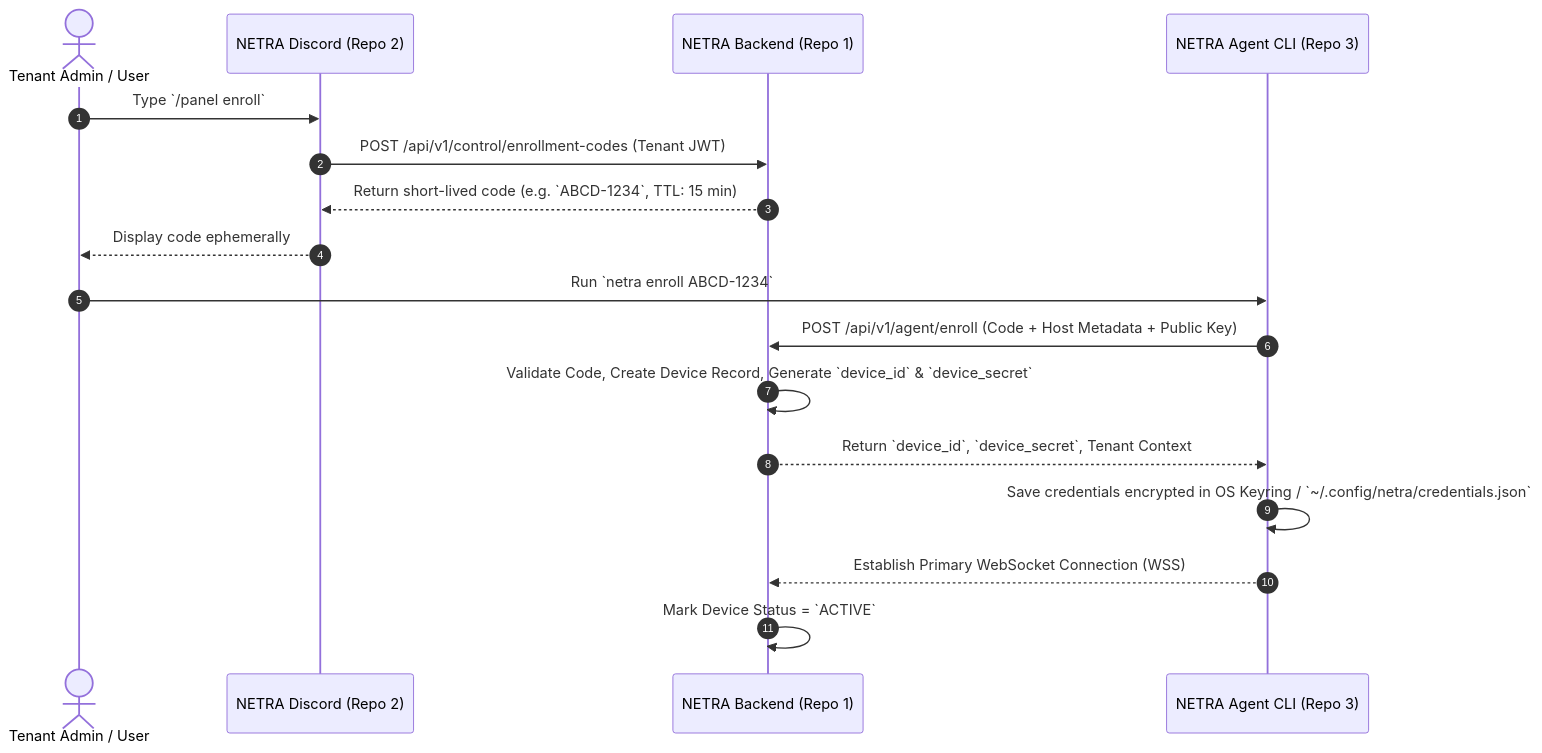
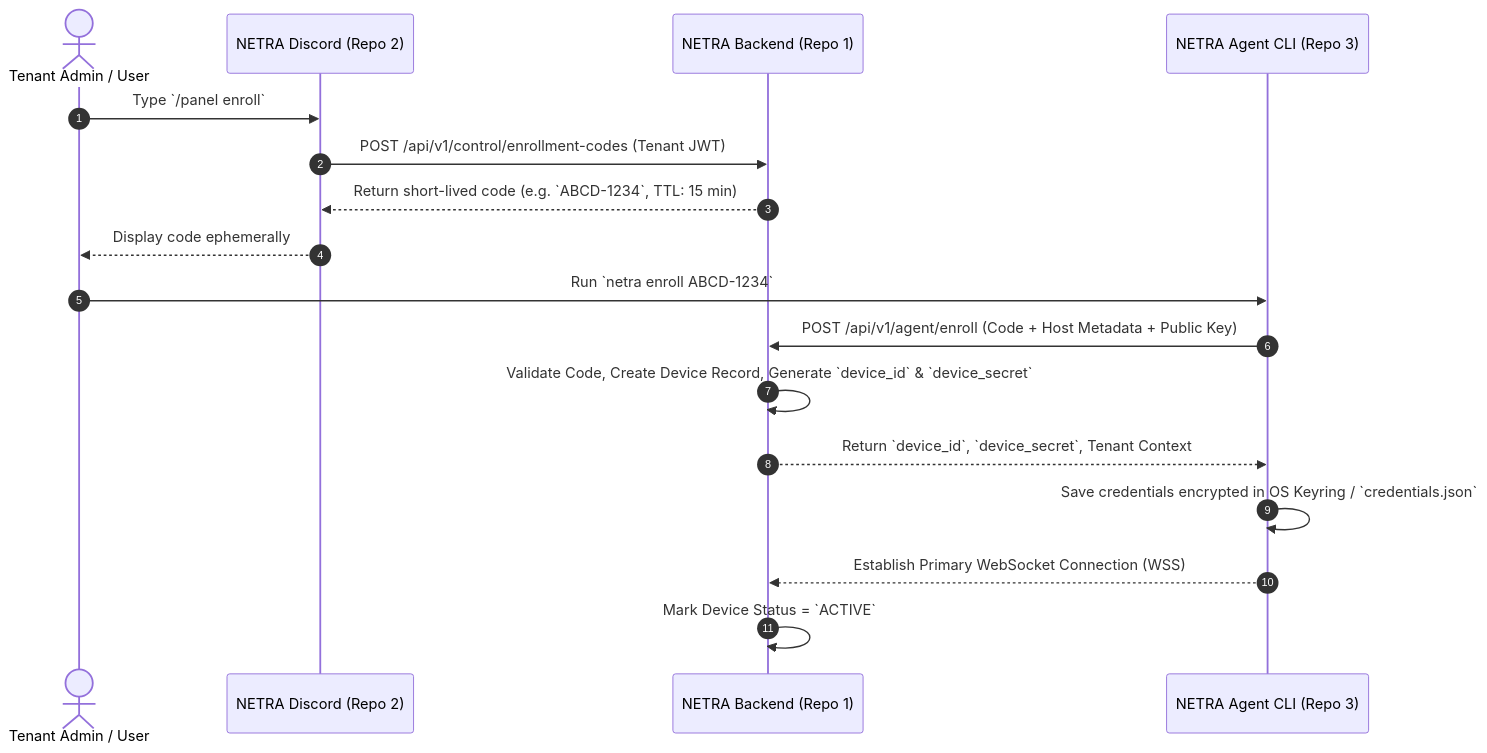
Before and after one commit to Subhadip-Paul2006/NETRA-agent: the third of 3 diagrams in SYSTEM_DESIGN.md, drawn with Mermaid. The commit also changed other lines of this file, not shown here.

````diff
--- a/SYSTEM_DESIGN.md
+++ b/SYSTEM_DESIGN.md
@@ -87,21 +172,21 @@
 ```mermaid
 sequenceDiagram
     autonumber
     actor User as Tenant Admin / User
     participant Discord as NETRA Discord (Repo 2)
     participant Backend as NETRA Backend (Repo 1)
     participant Agent as NETRA Agent CLI (Repo 3)
 
     User->>Discord: Type `/panel enroll`
     Discord->>Backend: POST /api/v1/control/enrollment-codes (Tenant JWT)
     Backend-->>Discord: Return short-lived code (e.g. `ABCD-1234`, TTL: 15 min)
     Discord-->>User: Display code ephemerally
 
     User->>Agent: Run `netra enroll ABCD-1234`
     Agent->>Backend: POST /api/v1/agent/enroll (Code + Host Metadata + Public Key)
     Backend->>Backend: Validate Code, Create Device Record, Generate `device_id` & `device_secret`
     Backend-->>Agent: Return `device_id`, `device_secret`, Tenant Context
-    Agent->>Agent: Save credentials encrypted in OS Keyring / `~/.config/netra/credentials.json`
+    Agent->>Agent: Save credentials encrypted in OS Keyring / `credentials.json`
     Agent-->>Backend: Establish Primary WebSocket Connection (WSS)
     Backend->>Backend: Mark Device Status = `ACTIVE`
 ```
````
